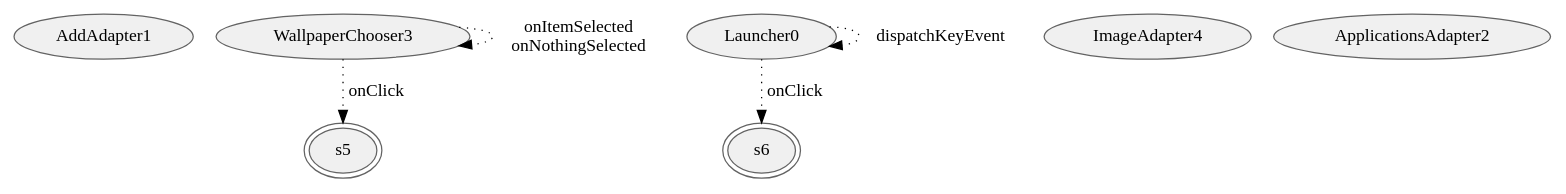
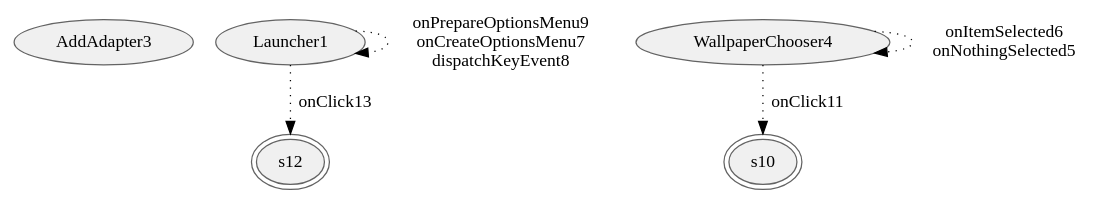
One commit to hans89/astparser changed the diagram in graphviz/Launcher.gv. Above: the diagram before and after it, drawn with Graphviz. The commit also changed 35 other files, not shown here.

```diff
--- a/graphviz/Launcher.gv
+++ b/graphviz/Launcher.gv
@@ -1,16 +1,16 @@
 digraph {
 fontname="Helvetica";
 node[style="filled,solid", colorscheme=greys3, fillcolor=1, color=3];
-AddAdapter1;
-WallpaperChooser3;
-Launcher0;
-ImageAdapter4;
-s6[peripheries=2];
-s5[peripheries=2];
-ApplicationsAdapter2;
-WallpaperChooser3 -> WallpaperChooser3[label="onItemSelected
-onNothingSelected",style=dotted];
-WallpaperChooser3 -> s5[label="onClick",style=dotted];
-Launcher0 -> Launcher0[label="dispatchKeyEvent",style=dotted];
-Launcher0 -> s6[label="onClick",style=dotted];
+AddAdapter3;
+s12[peripheries=2];
+s10[peripheries=2];
+WallpaperChooser4;
+Launcher1;
+WallpaperChooser4 -> s10[label="onClick11",style=dotted];
+WallpaperChooser4 -> WallpaperChooser4[label="onItemSelected6
+onNothingSelected5",style=dotted];
+Launcher1 -> s12[label="onClick13",style=dotted];
+Launcher1 -> Launcher1[label="onPrepareOptionsMenu9
+onCreateOptionsMenu7
+dispatchKeyEvent8",style=dotted];
 }
```
